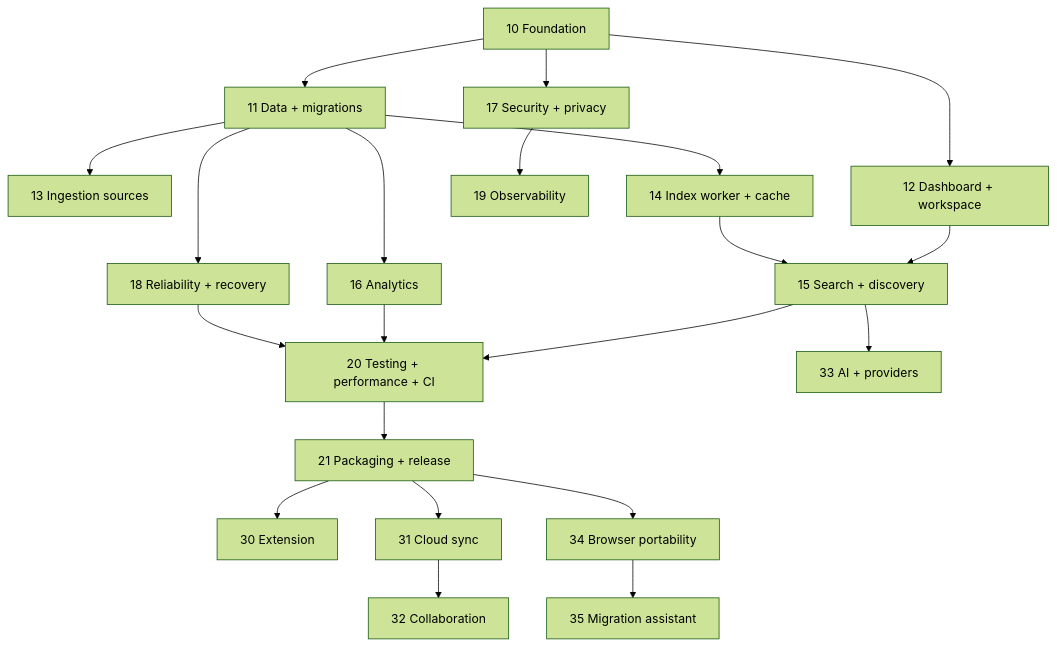
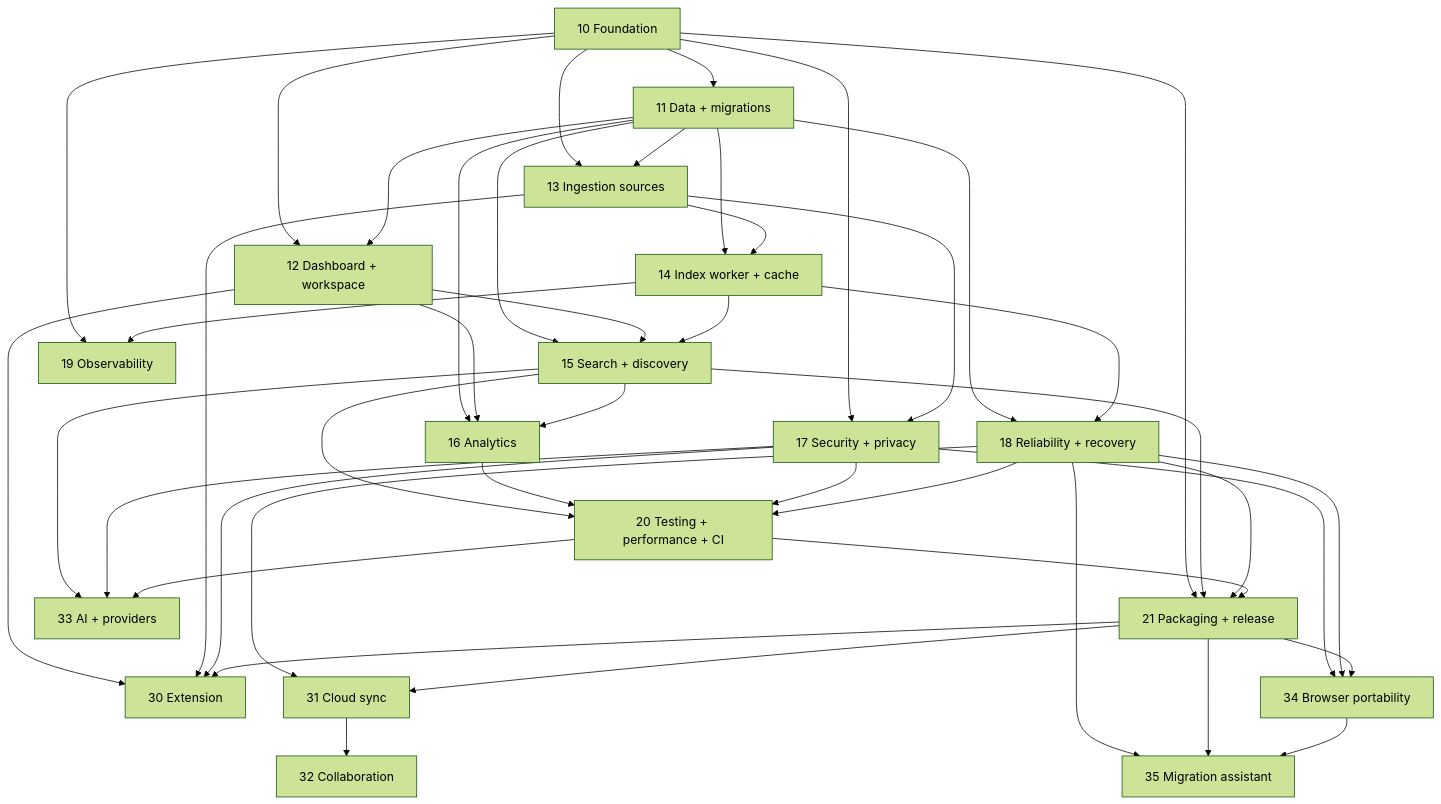
Before and after one commit to ryantr-statinops/InfoBoard: the diagram in docs/plan/implementation/00-program/roadmap.md, drawn with Mermaid (forest theme). The commit also changed 3 other files, not shown here.

Commit message:
docs: reconcile product traceability and dependency roadmap

````diff
--- a/docs/plan/implementation/00-program/roadmap.md
+++ b/docs/plan/implementation/00-program/roadmap.md
@@ -8,23 +8,46 @@
 ```mermaid
 flowchart TD
     F[10 Foundation] --> D[11 Data + migrations]
-    D --> I[13 Ingestion sources]
+    F --> U[12 Dashboard + workspace]
+    D --> U
+    F --> I[13 Ingestion sources]
+    D --> I
     D --> W[14 Index worker + cache]
-    F --> U[12 Dashboard + workspace]
-    U --> S[15 Search + discovery]
+    I --> W
+    D --> S[15 Search + discovery]
+    U --> S
     W --> S
     D --> A[16 Analytics]
+    U --> A
+    S --> A
+    F --> Q[17 Security + privacy]
+    I --> Q
     D --> R[18 Reliability + recovery]
-    F --> Q[17 Security + privacy]
-    Q --> O[19 Observability]
+    W --> R
+    F --> O[19 Observability]
+    W --> O
     S --> T[20 Testing + performance + CI]
     A --> T
+    Q --> T
     R --> T
-    T --> P[21 Packaging + release]
-    P --> E1[30 Extension]
-    P --> E2[31 Cloud sync]
+    F --> P[21 Packaging + release]
+    S --> P
+    R --> P
+    T --> P
+    U --> E1[30 Extension]
+    I --> E1
+    Q --> E1
+    P --> E1
+    R --> E2[31 Cloud sync]
+    P --> E2
     E2 --> E3[32 Collaboration]
     S --> E4[33 AI + providers]
-    P --> E5[34 Browser portability]
-    E5 --> E6[35 Migration assistant]
+    Q --> E4
+    T --> E4
+    Q --> E5[34 Browser portability]
+    R --> E5
+    P --> E5
+    R --> E6[35 Migration assistant]
+    P --> E6
+    E5 --> E6
 ```
````
